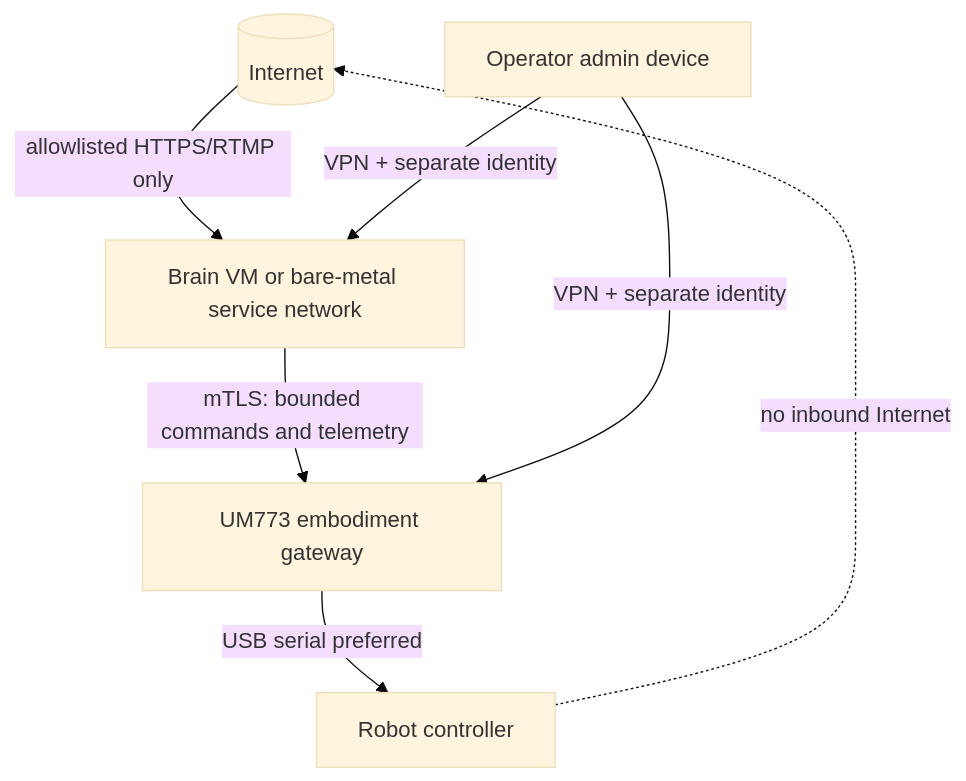
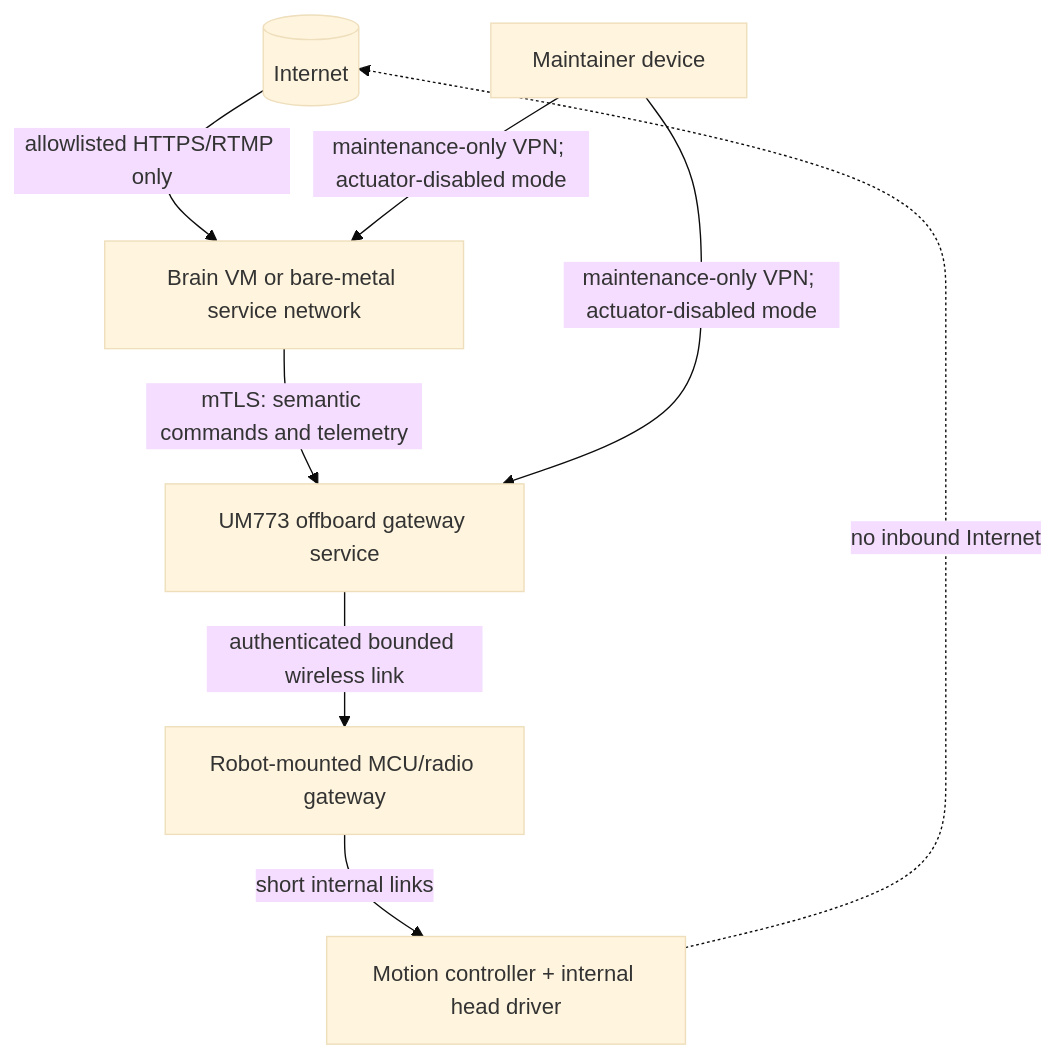
The third of 5 diagrams in PLAN.md (patchwerks/furbomek), drawn with Mermaid (base theme) before and after one commit. The commit also changed other lines of this file and 2 other files, not shown here.

````diff
--- a/PLAN.md
+++ b/PLAN.md
@@ -258,9 +364,10 @@
 ```mermaid
 flowchart TB
   Internet[(Internet)] -->|allowlisted HTTPS/RTMP only| BrainVM[Brain VM or bare-metal service network]
-  BrainVM -->|mTLS: bounded commands and telemetry| Gateway[UM773 embodiment gateway]
-  Gateway -->|USB serial preferred| Robot[Robot controller]
+  BrainVM -->|mTLS: semantic commands and telemetry| Gateway[UM773 offboard gateway service]
+  Gateway -->|authenticated bounded wireless link| RobotGW[Robot-mounted MCU/radio gateway]
+  RobotGW -->|short internal links| Robot[Motion controller + internal head driver]
   Robot -. no inbound Internet .-> Internet
-  Operator[Operator admin device] -->|VPN + separate identity| Gateway
-  Operator -->|VPN + separate identity| BrainVM
+  Maintainer[Maintainer device] -->|maintenance-only VPN; actuator-disabled mode| Gateway
+  Maintainer -->|maintenance-only VPN; actuator-disabled mode| BrainVM
 ```
````
